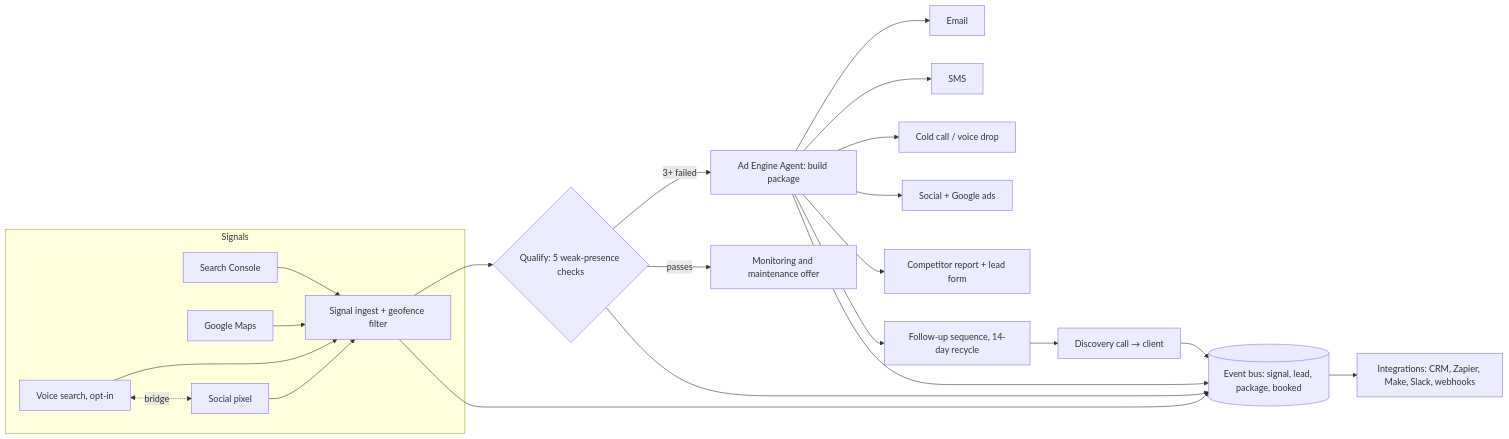
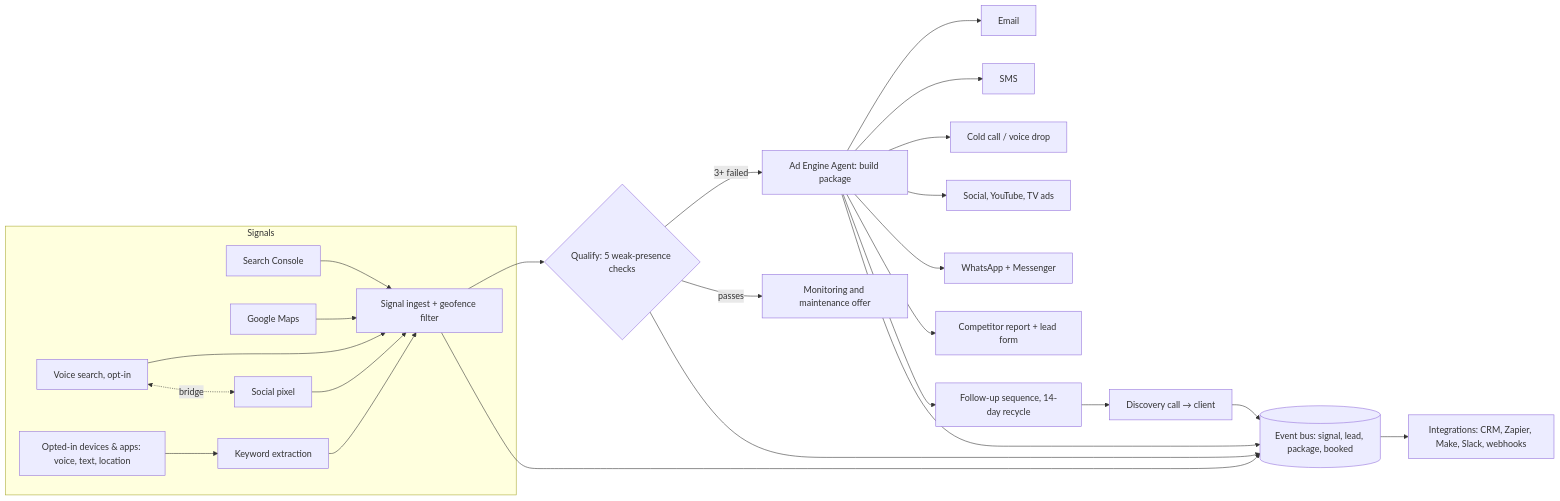
The diagram in docs/architecture.md (bertrandcius-dot/Prospect_AI), drawn with Mermaid before and after one commit. The commit also changed 24 other files, not shown here.

First line of the commit message:
Device capture (voice, text, location) with consent, YouTube/WhatsApp/Messenger/TV channels, API connectors and plugins; remove map white lines; mobile dock fixes

````diff
--- a/docs/architecture.md
+++ b/docs/architecture.md
@@ -3,22 +3,24 @@
 ```mermaid
 flowchart LR
   subgraph Signals
     GSC[Search Console] --> ING
     MAPS[Google Maps] --> ING
     VOICE[Voice search, opt-in] --> ING
     PIX[Social pixel] --> ING
+    DEV[Opted-in devices & apps: voice, text, location] --> KX[Keyword extraction] --> ING
   end
   ING[Signal ingest + geofence filter] --> Q{Qualify: 5 weak-presence checks}
   Q -- "3+ failed" --> AGENT[Ad Engine Agent: build package]
   Q -- "passes" --> MON[Monitoring and maintenance offer]
   AGENT --> EMAIL[Email]
   AGENT --> SMS[SMS]
   AGENT --> CALL[Cold call / voice drop]
-  AGENT --> ADS[Social + Google ads]
+  AGENT --> ADS[Social, YouTube, TV ads]
+  AGENT --> MSG[WhatsApp + Messenger]
   AGENT --> REP[Competitor report + lead form]
   VOICE <-. bridge .-> PIX
   AGENT --> SEQ[Follow-up sequence, 14-day recycle]
   SEQ --> CONV[Discovery call → client]
   ING & Q & AGENT & CONV --> BUS[(Event bus: signal, lead, package, booked)]
   BUS --> INT[Integrations: CRM, Zapier, Make, Slack, webhooks]
 ```
````
